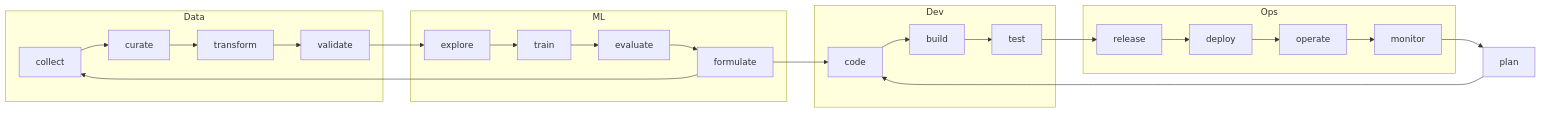
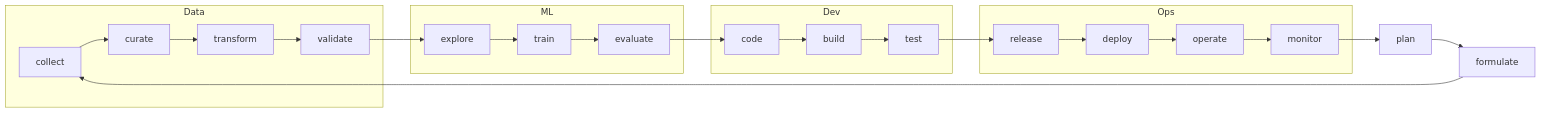
The second of 2 diagrams in Courses/EPRM/Lectures/EPRM-L01 - Data Roles, ML Lifecycle, Clean Code and Unit Testing.md (Stasieniec/university-vault), drawn with Mermaid before and after one commit. The commit also changed other lines of this file and 4 other files, not shown here.

First line of the commit message:
EPRM: lecture 1 reviewed (lifecycle diagram fixed, repo layout claims trimmed)

````diff
--- a/Courses/EPRM/Lectures/EPRM-L01 - Data Roles, ML Lifecycle, Clean Code and Unit Testing.md
+++ b/Courses/EPRM/Lectures/EPRM-L01 - Data Roles, ML Lifecycle, Clean Code and Unit Testing.md
@@ -202,20 +202,19 @@
 ```mermaid
 flowchart LR
     subgraph Data
       C[collect] --> CU[curate] --> T[transform] --> V[validate]
     end
     subgraph ML
-      E[explore] --> TR[train] --> EV[evaluate] --> F[formulate]
+      E[explore] --> TR[train] --> EV[evaluate]
     end
     subgraph Dev
       CO[code] --> B[build] --> TE[test]
     end
     subgraph Ops
       R[release] --> D[deploy] --> O[operate] --> M[monitor]
     end
     V --> E
-    F --> C
-    F --> CO
+    EV --> CO
     TE --> R
-    M --> P[plan] --> CO
+    M --> P[plan] --> F[formulate] --> C
 ```
````
